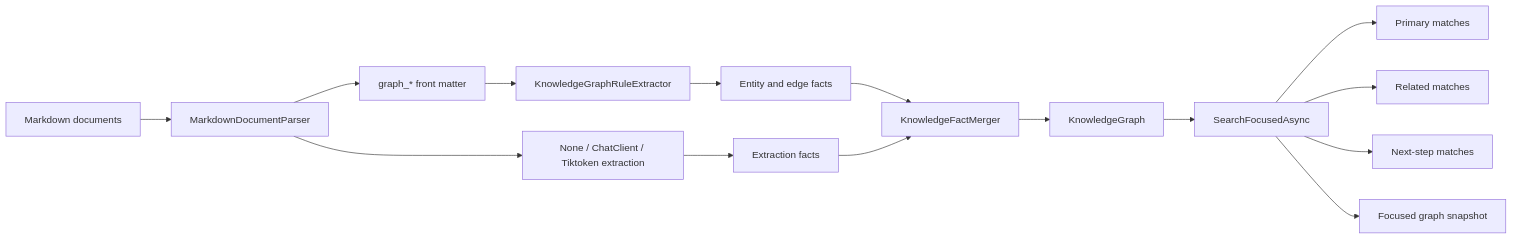
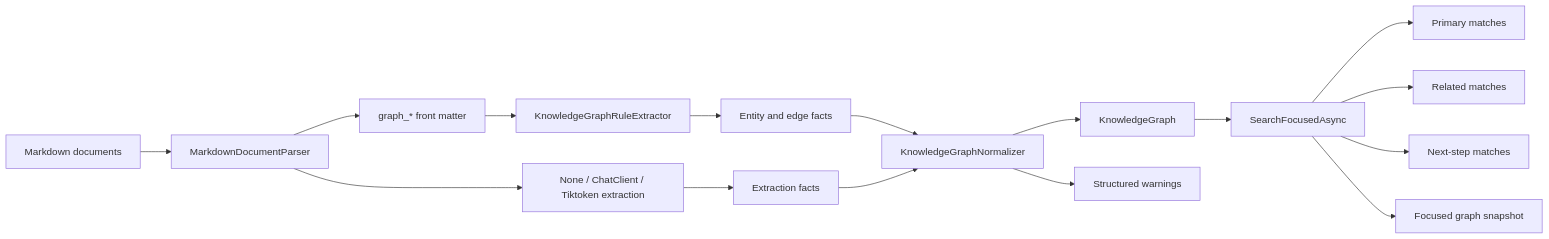
The diagram in docs/Features/CapabilityGraphRules.md (managedcode/markdown-ld-kb), drawn with Mermaid before and after one commit. The commit also changed other lines of this file and 42 other files, not shown here.

Commit message:
Release 0.2.7 graph normalization

````diff
--- a/docs/Features/CapabilityGraphRules.md
+++ b/docs/Features/CapabilityGraphRules.md
@@ -9,17 +9,18 @@
 ```mermaid
 flowchart LR
     Source["Markdown documents"] --> Parser["MarkdownDocumentParser"]
     Parser --> FrontMatter["graph_* front matter"]
     Parser --> Extraction["None / ChatClient / Tiktoken extraction"]
     FrontMatter --> Rules["KnowledgeGraphRuleExtractor"]
     Rules --> RuleFacts["Entity and edge facts"]
     Extraction --> Facts["Extraction facts"]
-    RuleFacts --> Merge["KnowledgeFactMerger"]
-    Facts --> Merge
-    Merge --> Graph["KnowledgeGraph"]
+    RuleFacts --> Normalize["KnowledgeGraphNormalizer"]
+    Facts --> Normalize
+    Normalize --> Graph["KnowledgeGraph"]
+    Normalize --> Warnings["Structured warnings"]
     Graph --> Focused["SearchFocusedAsync"]
     Focused --> Primary["Primary matches"]
     Focused --> Related["Related matches"]
     Focused --> Next["Next-step matches"]
     Focused --> Snapshot["Focused graph snapshot"]
 ```
````
